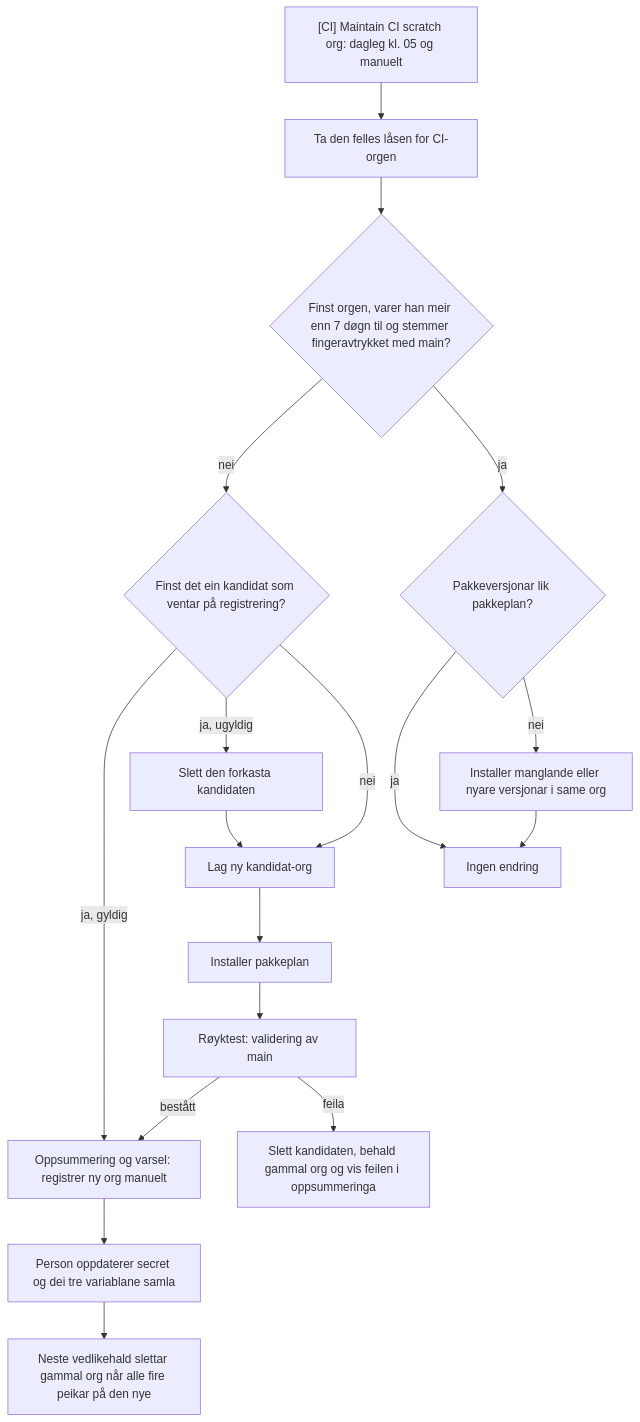
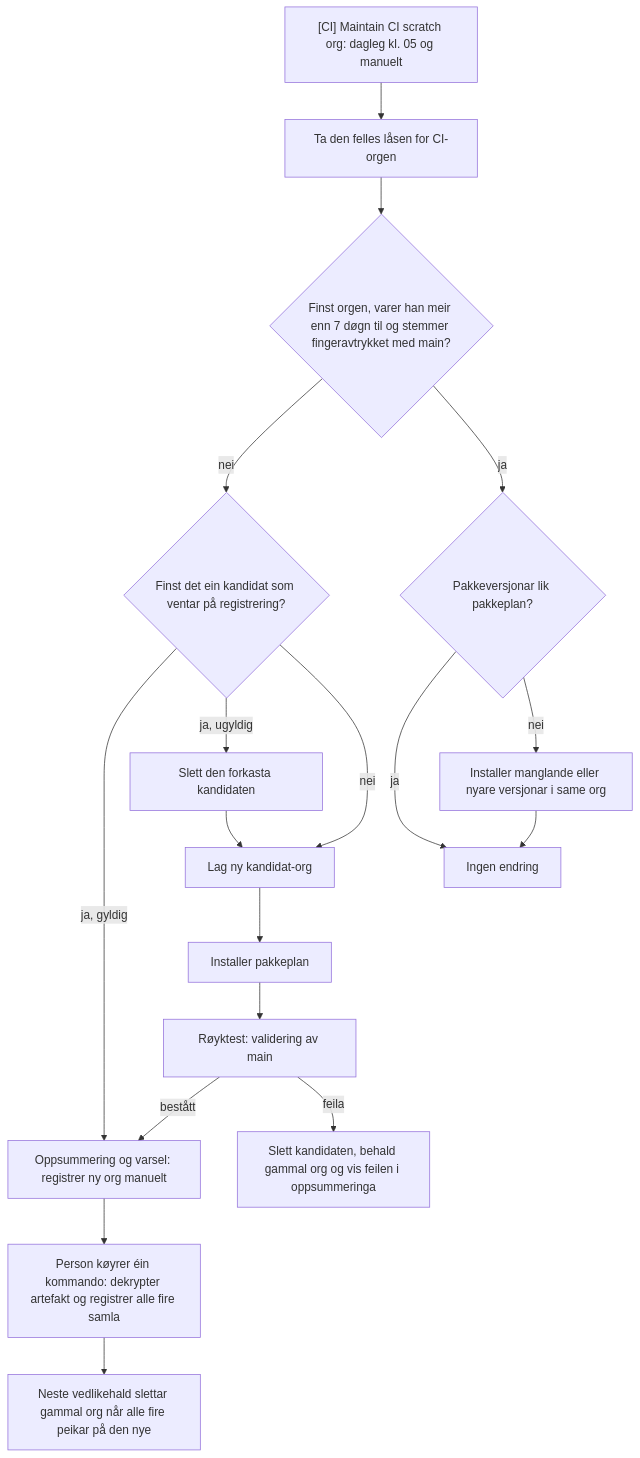
One commit to navikt/crm-arbeidsforhold changed the fourth of 4 diagrams in .github/specs/reusable-scratch-org-pr-validation.md. Above: the diagram before and after it, drawn with Mermaid. The commit also changed other lines of this file, not shown here.

````diff
--- a/.github/specs/reusable-scratch-org-pr-validation.md
+++ b/.github/specs/reusable-scratch-org-pr-validation.md
@@ -130,20 +130,20 @@
 ```mermaid
 flowchart TD
     start["[CI] Maintain CI scratch org: dagleg kl. 05 og manuelt"] --> lock["Ta den felles låsen for CI-orgen"]
     lock --> fresh{"Finst orgen, varer han meir enn 7 døgn til og stemmer fingeravtrykket med main?"}
     fresh -->|nei| pending{"Finst det ein kandidat som ventar på registrering?"}
     pending -->|ja, gyldig| notify
     pending -->|ja, ugyldig| discard["Slett den forkasta kandidaten"]
     discard --> create
     pending -->|nei| create["Lag ny kandidat-org"]
     create --> install["Installer pakkeplan"]
     install --> smoke["Røyktest: validering av main"]
     smoke -->|bestått| notify["Oppsummering og varsel: registrer ny org manuelt"]
-    notify --> secret["Person oppdaterer secret og dei tre variablane samla"]
+    notify --> secret["Person køyrer éin kommando: dekrypter artefakt og registrer alle fire samla"]
     secret --> remove["Neste vedlikehald slettar gammal org når alle fire peikar på den nye"]
     smoke -->|feila| keep["Slett kandidaten, behald gammal org og vis feilen i oppsummeringa"]
     fresh -->|ja| plan{"Pakkeversjonar lik pakkeplan?"}
     plan -->|ja| unchanged["Ingen endring"]
     plan -->|nei| upgrade["Installer manglande eller nyare versjonar i same org"]
     upgrade --> unchanged
 ```
````
